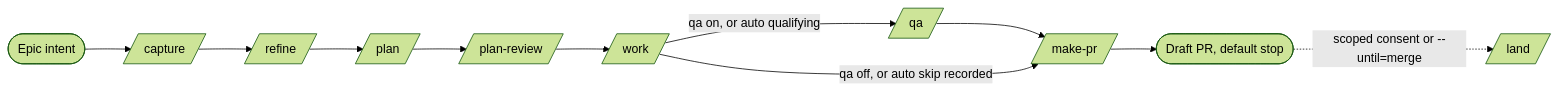
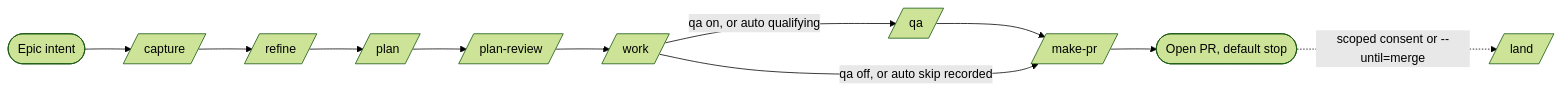
One commit to glowElephant/flow-next changed the first of 6 diagrams in plugins/flow-next/codex/docs/flow-next/pipeline-variations.md. Above: the diagram before and after it, drawn with Mermaid (forest theme). The commit also changed other lines of this file and 49 other files, not shown here.

````diff
--- a/plugins/flow-next/codex/docs/flow-next/pipeline-variations.md
+++ b/plugins/flow-next/codex/docs/flow-next/pipeline-variations.md
@@ -61,8 +61,8 @@
 ```mermaid
 flowchart LR
     E([Epic intent]) --> C[/capture/] --> I[/refine/] --> P[/plan/] --> PR[/plan-review/] --> W[/work/]
     W -->|qa on, or auto qualifying| Q[/qa/] --> M[/make-pr/]
     W -->|qa off, or auto skip recorded| M
-    M --> D([Draft PR, default stop])
+    M --> D([Open PR, default stop])
     D -.scoped consent or --until=merge.-> L[/land/]
 ```
````
